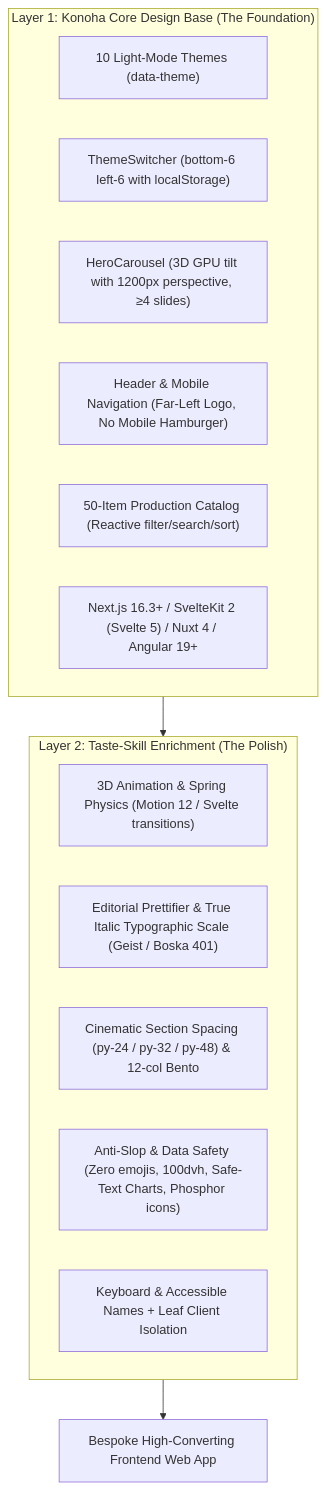
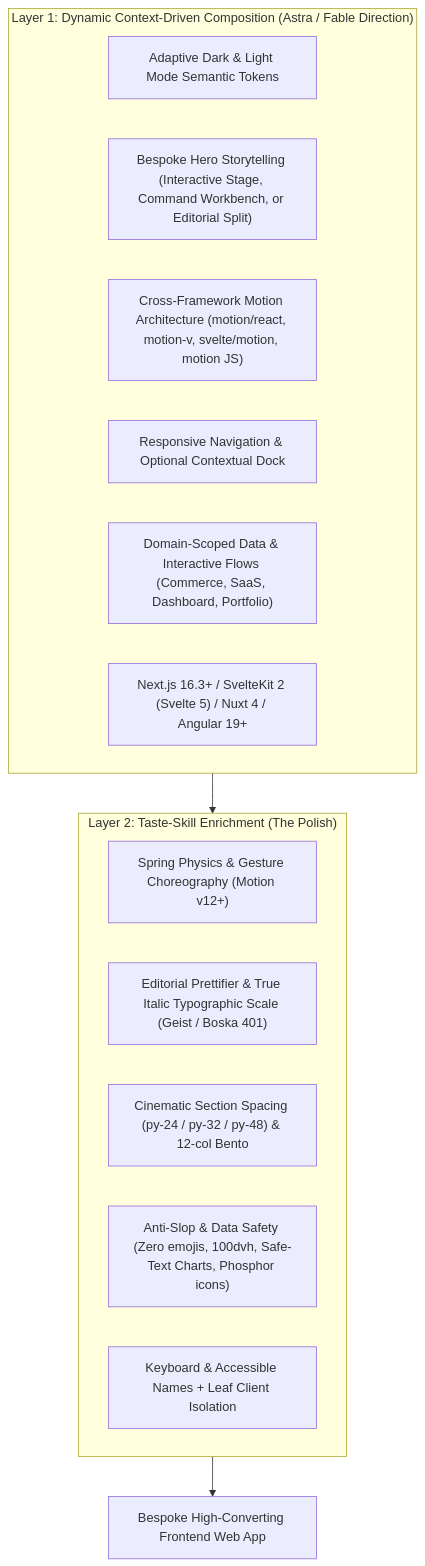
One commit to andycungkrinx91/konoha changed the diagram in src/templates/skills/jonin-skill/references/taste-skill-frontend-expert.md. Above: the diagram before and after it, drawn with Mermaid. The commit also changed other lines of this file and 45 other files, not shown here.

````diff
--- a/src/templates/skills/jonin-skill/references/taste-skill-frontend-expert.md
+++ b/src/templates/skills/jonin-skill/references/taste-skill-frontend-expert.md
@@ -12,22 +12,22 @@
 ```mermaid
 flowchart TD
-    subgraph Layer1 ["Layer 1: Konoha Core Design Base (The Foundation)"]
-        K1["10 Light-Mode Themes (data-theme)"]
-        K2["ThemeSwitcher (bottom-6 left-6 with localStorage)"]
-        K3["HeroCarousel (3D GPU tilt with 1200px perspective, ≥4 slides)"]
-        K4["Header & Mobile Navigation (Far-Left Logo, No Mobile Hamburger)"]
-        K5["50-Item Production Catalog (Reactive filter/search/sort)"]
+    subgraph Layer1 ["Layer 1: Dynamic Context-Driven Composition (Astra / Fable Direction)"]
+        K1["Adaptive Dark & Light Mode Semantic Tokens"]
+        K2["Bespoke Hero Storytelling (Interactive Stage, Command Workbench, or Editorial Split)"]
+        K3["Cross-Framework Motion Architecture (motion/react, motion-v, svelte/motion, motion JS)"]
+        K4["Responsive Navigation & Optional Contextual Dock"]
+        K5["Domain-Scoped Data & Interactive Flows (Commerce, SaaS, Dashboard, Portfolio)"]
         K6["Next.js 16.3+ / SvelteKit 2 (Svelte 5) / Nuxt 4 / Angular 19+"]
     end
 
     subgraph Layer2 ["Layer 2: Taste-Skill Enrichment (The Polish)"]
-        T1["3D Animation & Spring Physics (Motion 12 / Svelte transitions)"]
+        T1["Spring Physics & Gesture Choreography (Motion v12+)"]
         T2["Editorial Prettifier & True Italic Typographic Scale (Geist / Boska 401)"]
         T3["Cinematic Section Spacing (py-24 / py-32 / py-48) & 12-col Bento"]
         T4["Anti-Slop & Data Safety (Zero emojis, 100dvh, Safe-Text Charts, Phosphor icons)"]
         T5["Keyboard & Accessible Names + Leaf Client Isolation"]
     end
 
     Layer1 --> Layer2
     Layer2 --> ProductionUI["Bespoke High-Converting Frontend Web App"]
 ```
````
